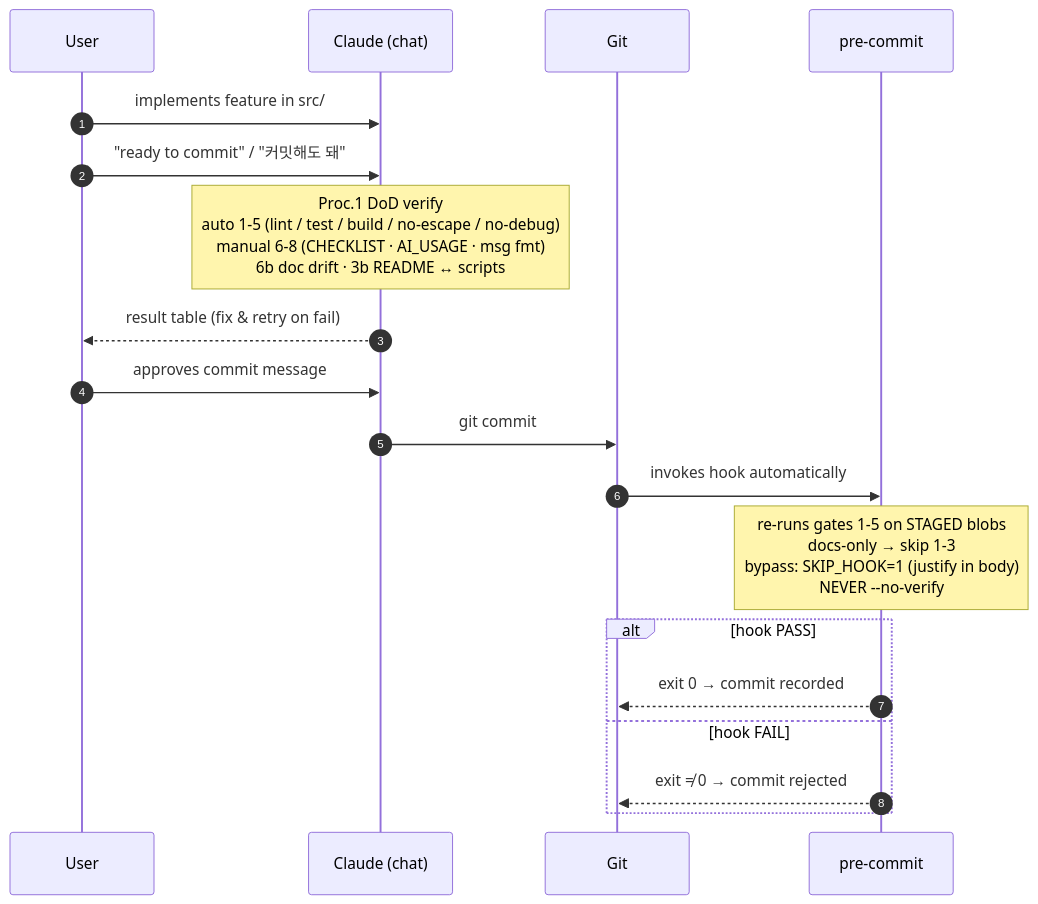
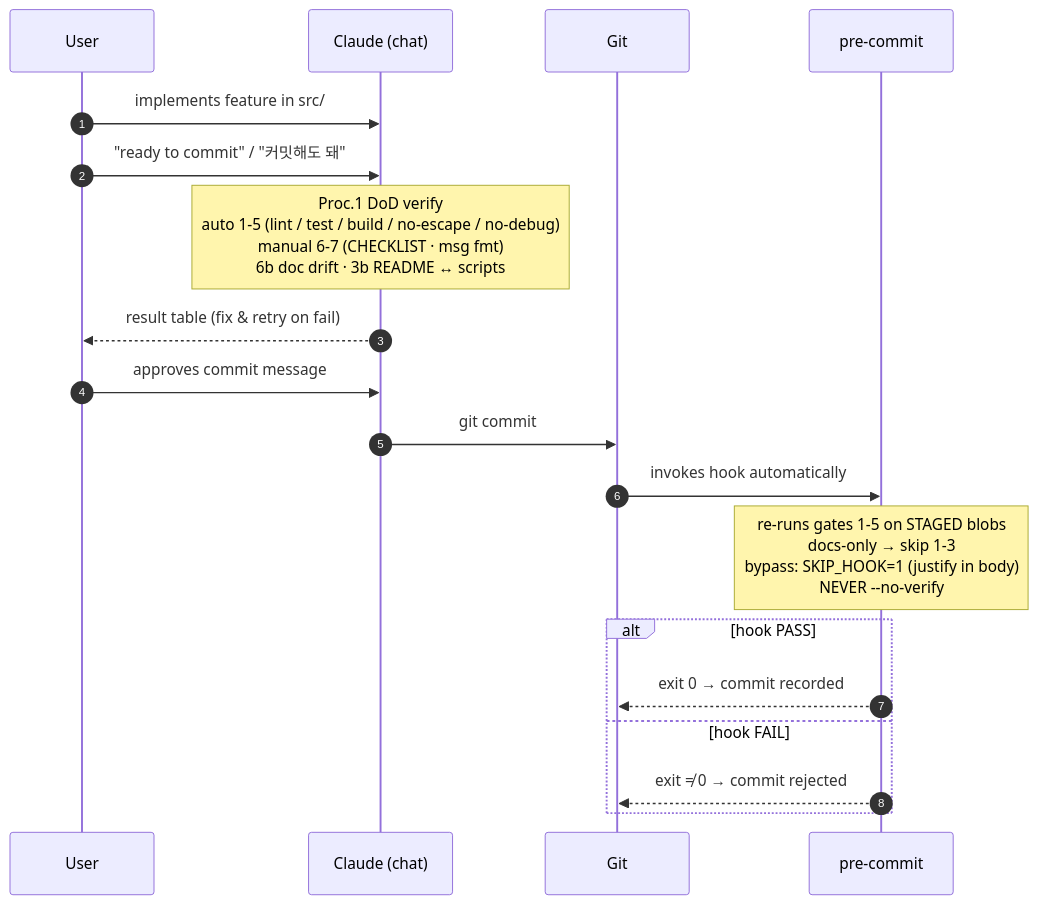
Before and after one commit to JayKim88/craft-kit: the fourth of 4 diagrams in docs/OVERVIEW.md, drawn with Mermaid. The commit also changed other lines of this file and 12 other files, not shown here.

````diff
--- a/docs/OVERVIEW.md
+++ b/docs/OVERVIEW.md
@@ -135,22 +133,22 @@
 ```mermaid
 sequenceDiagram
   autonumber
   participant U as User
   participant AI as Claude (chat)
   participant Git
   participant Hook as pre-commit
 
   U->>AI: implements feature in src/
   U->>AI: "ready to commit" / "커밋해도 돼"
-  Note over AI: Proc.1 DoD verify<br/>auto 1-5 (lint / test / build / no-escape / no-debug)<br/>manual 6-8 (CHECKLIST · AI_USAGE · msg fmt)<br/>6b doc drift · 3b README ↔ scripts
+  Note over AI: Proc.1 DoD verify<br/>auto 1-5 (lint / test / build / no-escape / no-debug)<br/>manual 6-7 (CHECKLIST · msg fmt)<br/>6b doc drift · 3b README ↔ scripts
   AI-->>U: result table (fix & retry on fail)
   U->>AI: approves commit message
   AI->>Git: git commit
   Git->>Hook: invokes hook automatically
   Note over Hook: re-runs gates 1-5 on STAGED blobs<br/>docs-only → skip 1-3<br/>bypass: SKIP_HOOK=1 (justify in body)<br/>NEVER --no-verify
   alt hook PASS
     Hook-->>Git: exit 0 → commit recorded
   else hook FAIL
     Hook-->>Git: exit ≠ 0 → commit rejected
   end
 ```
````
